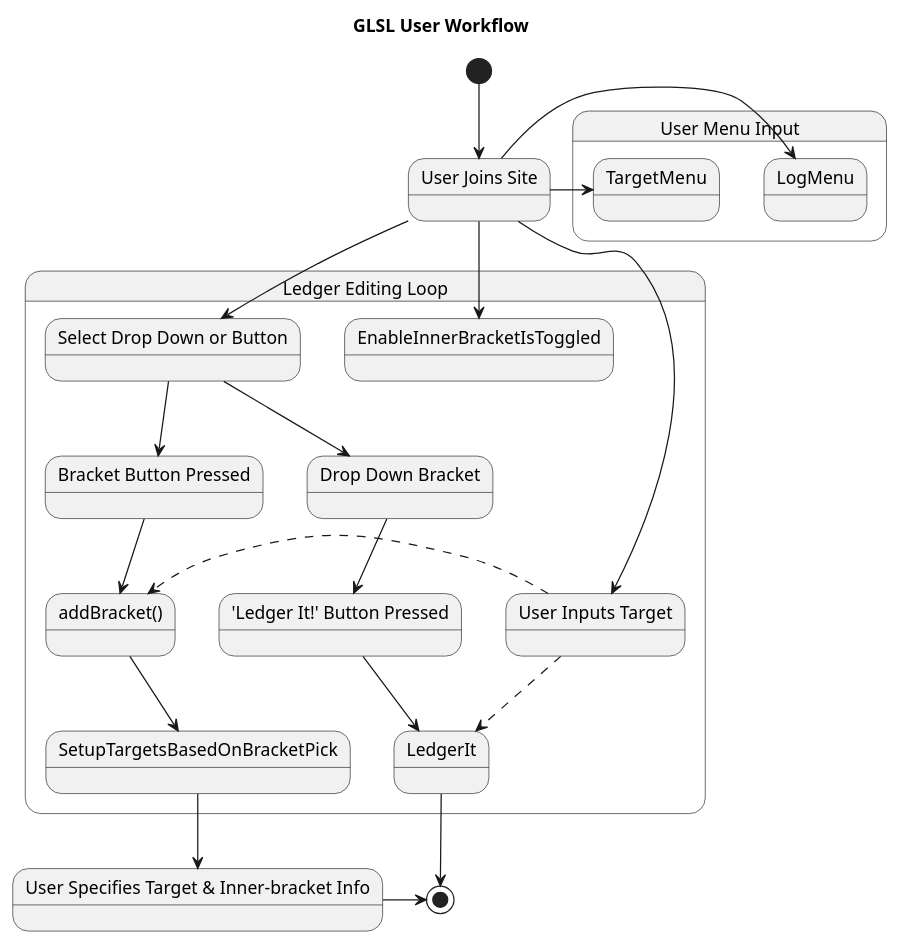
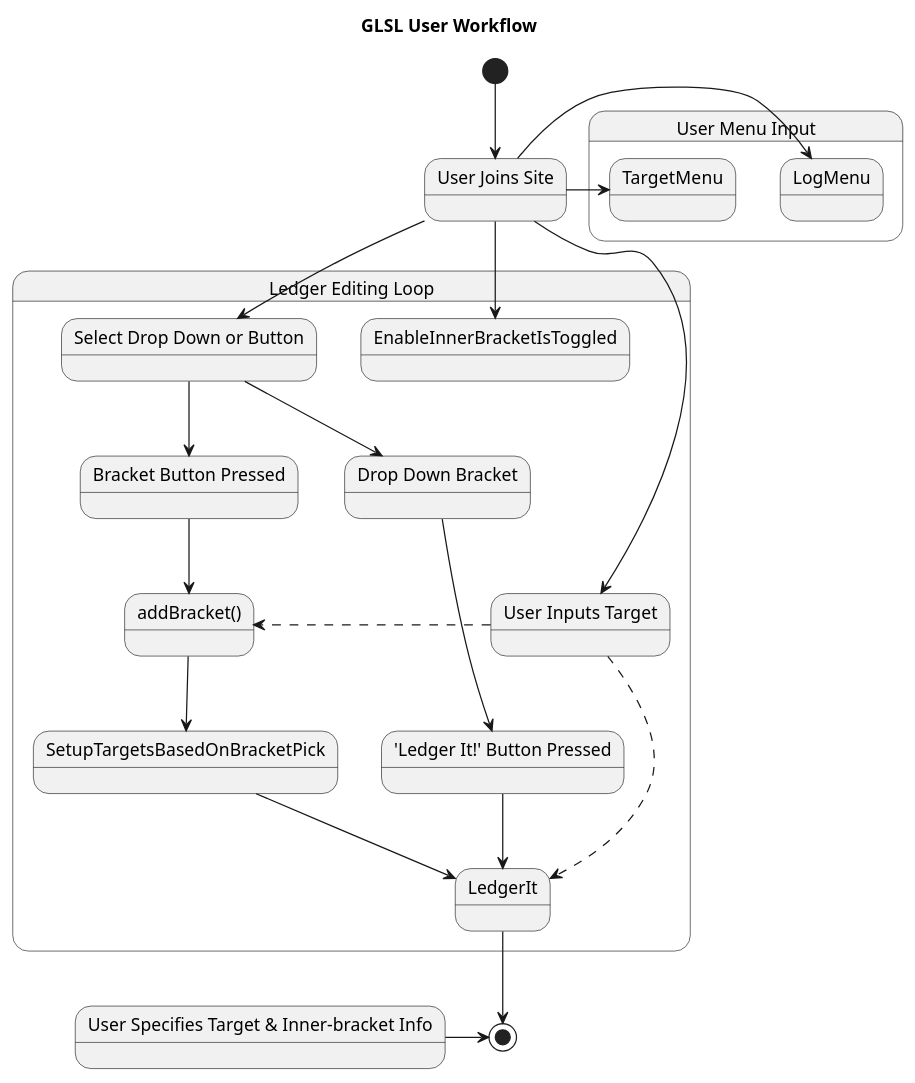
Before and after one commit to ActuallyFro/Grevnyrch: the diagram in 02_GLSL/01_Design-Docs/UX-Workflow.adoc, drawn with PlantUML.

Commit message:
{02_GLSL/GLSL.js} Checking current code

```diff
--- a/02_GLSL/01_Design-Docs/UX-Workflow.adoc
+++ b/02_GLSL/01_Design-Docs/UX-Workflow.adoc
@@ -8,68 +8,68 @@
 [plantuml, target=diagram-classes, format=png]
 ....
 @startuml
 Title GLSL User Workflow
 
 State "User Joins Site" as  UserJoins
 State "User Specifies Target & Inner-bracket Info" as UserSpecifiesTargetAndInnerBracketInfo
 
 
 [*] -down-> UserJoins
 
 
 State "Ledger Editing Loop" as LedgerLoop {
   UserJoins -down-> SelectDropDownOrButton
   UserJoins -down-> TargetIsInputted
   UserJoins -down-> EnableInnerBracketIsToggled
 
   State "Select Drop Down or Button" as SelectDropDownOrButton
   State "Bracket Button Pressed" as BracketButton
   State "Drop Down Bracket" as DropDownBracket 
   State "addBracket()" as addBracket
   State "'Ledger It!' Button Pressed" as PressesLedgerItButton
   
   State "User Inputs Target" as TargetIsInputted
   
   
 
 
   SelectDropDownOrButton -down-> DropDownBracket
   SelectDropDownOrButton -down-> BracketButton
   BracketButton --> addBracket
 
   TargetIsInputted -[dashed]> addBracket
   TargetIsInputted -[dashed]> LedgerIt
 
   DropDownBracket --> PressesLedgerItButton
 
   PressesLedgerItButton -down-> LedgerIt
   
   addBracket --> SetupTargetsBasedOnBracketPick
-  SetupTargetsBasedOnBracketPick --> UserSpecifiesTargetAndInnerBracketInfo
+  SetupTargetsBasedOnBracketPick --> LedgerIt
 
 }
 
 State "User Menu Input" as UserMenuInput {
 
   UserJoins -> TargetMenu
   UserJoins -> LogMenu
 
 }
 
 
 LedgerIt -down-> [*]
 
 UserSpecifiesTargetAndInnerBracketInfo -down> [*]
 @enduml
 
 
 ' =======================================
 ' note left of UserJoins : Single line note
 ' note right of SelectDropDownOrButton
 '    Notes can also 
 '    take up multiple
 '    lines like this
 'end note
 
 'UserJoins -right-> SelectDropDownOrButton
 ....
```
